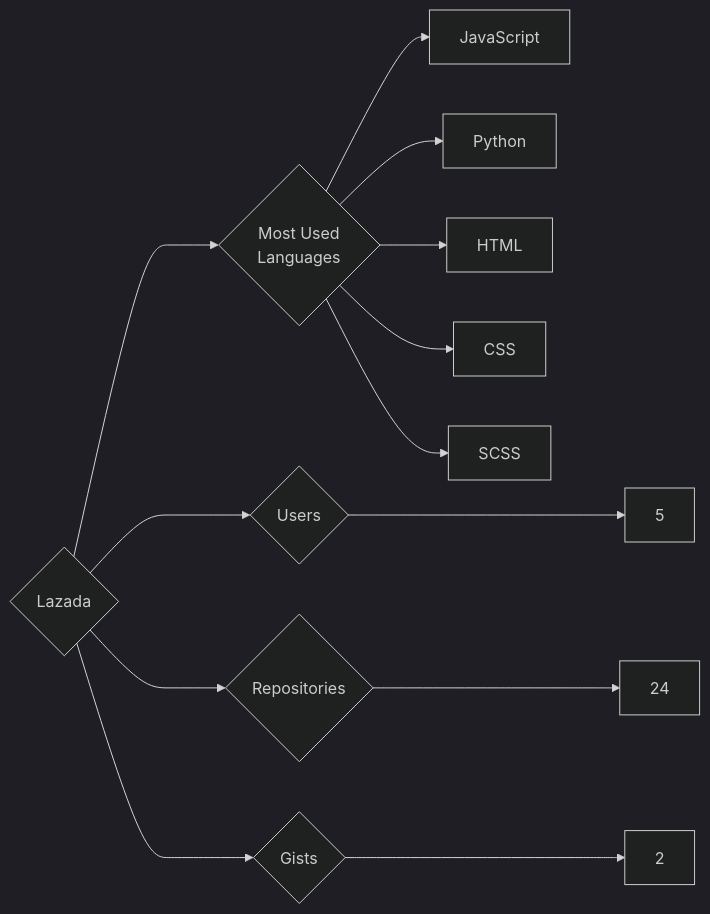
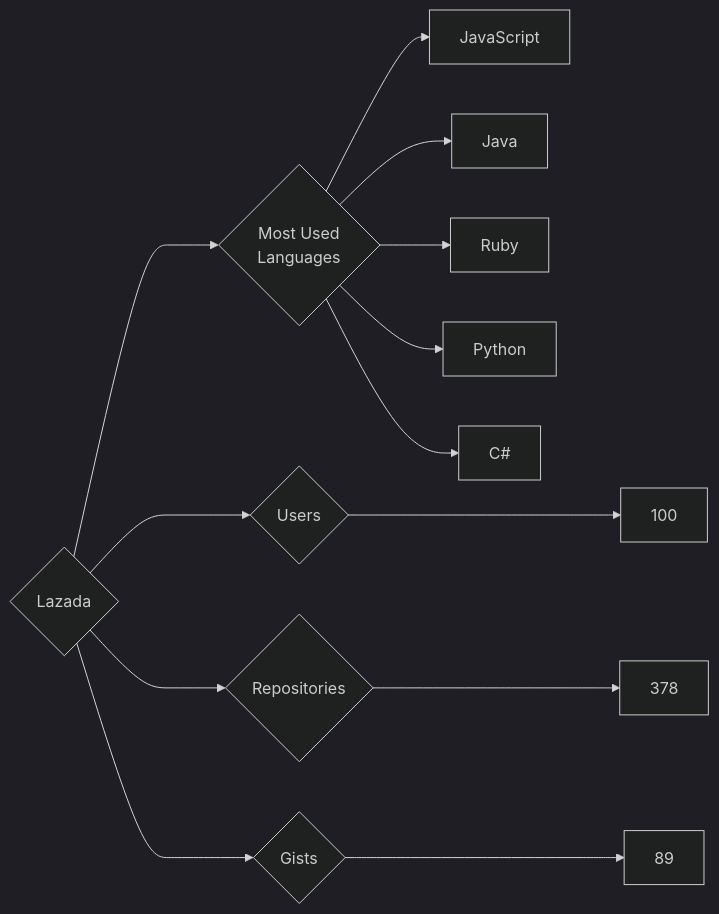
The diagram in targets/Lazada/README.md (trickest/insiders), drawn with Mermaid (dark theme) before and after one commit. The commit also changed 1696 other files, not shown here.

````diff
--- a/targets/Lazada/README.md
+++ b/targets/Lazada/README.md
@@ -3,13 +3,13 @@
 ```mermaid
 graph LR
 COMPANY_NAME{Lazada}
-COMPANY_NAME ---> U{Users} ---> UN[5]
-COMPANY_NAME ---> R{Repositories} ---> RN[24]
-COMPANY_NAME ---> G{Gists} ---> GN[2]
+COMPANY_NAME ---> U{Users} ---> UN[100]
+COMPANY_NAME ---> R{Repositories} ---> RN[378]
+COMPANY_NAME ---> G{Gists} ---> GN[89]
 COMPANY_NAME ---> ML{Most Used<br>Languages}
 ML --> JavaScript[JavaScript]
+ML --> Java[Java]
+ML --> Ruby[Ruby]
 ML --> Python[Python]
-ML --> HTML[HTML]
-ML --> CSS[CSS]
-ML --> SCSS[SCSS]
+ML --> C#[C#]
 ```
````
